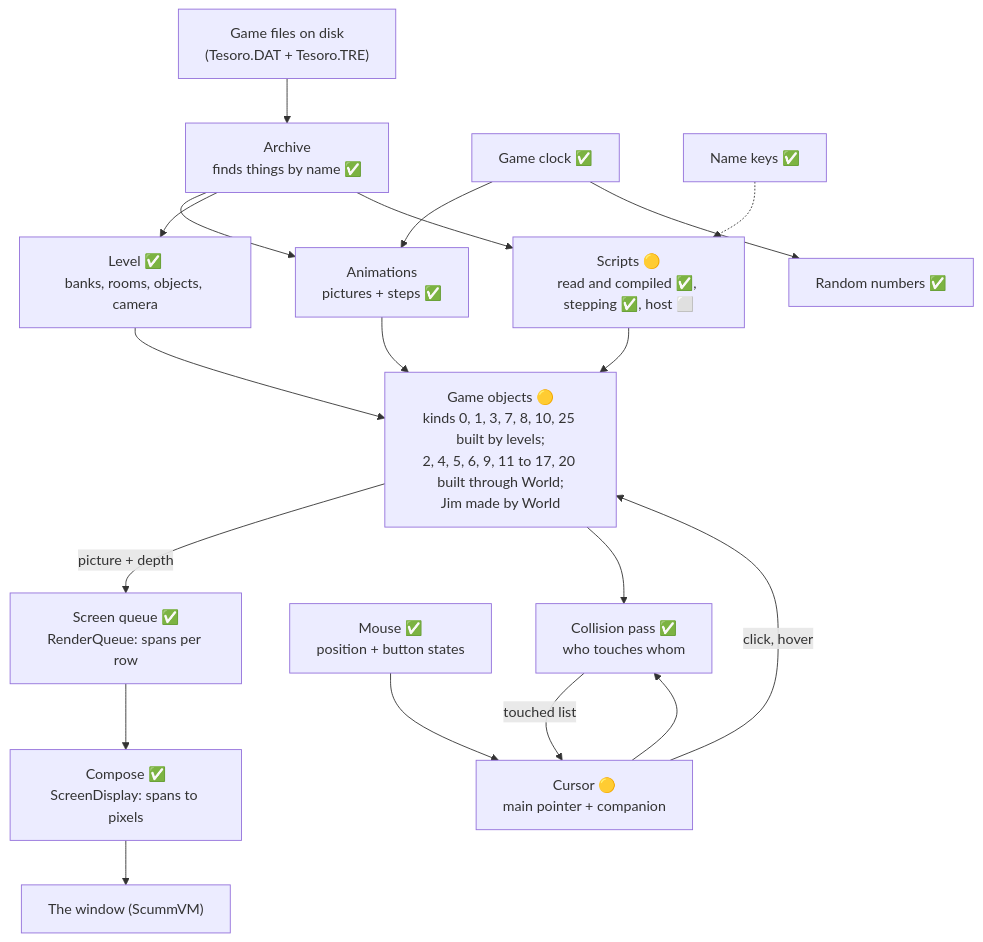
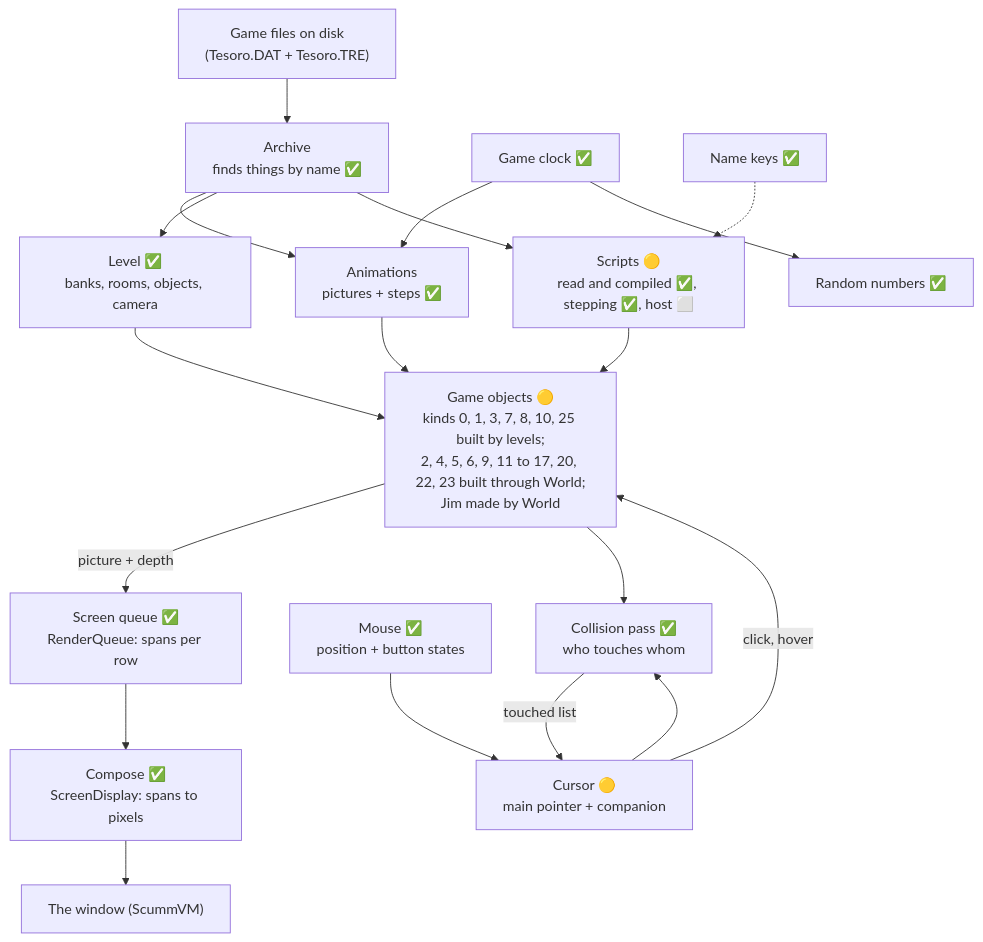
The first of 8 diagrams in re/SUBSYSTEMS.md (kelmer44/tesoro-stuff), drawn with Mermaid before and after one commit. The commit also changed other lines of this file and 13 other files, not shown here.

````diff
--- a/re/SUBSYSTEMS.md
+++ b/re/SUBSYSTEMS.md
@@ -17,21 +17,21 @@
 ```mermaid
 flowchart TD
     Disk["Game files on disk<br/>(Tesoro.DAT + Tesoro.TRE)"] --> Archive["Archive<br/>finds things by name ✅"]
     Archive --> Anim["Animations<br/>pictures + steps ✅"]
     Archive --> Level["Level ✅<br/>banks, rooms, objects, camera"]
     Clock["Game clock ✅"] --> Anim
-    Anim --> Objects["Game objects 🟡<br/>kinds 0, 1, 3, 7, 8, 10, 25 built by levels;<br/>2, 4, 5, 6, 9, 11 to 17, 20 built through World;<br/>Jim made by World"]
+    Anim --> Objects["Game objects 🟡<br/>kinds 0, 1, 3, 7, 8, 10, 25 built by levels;<br/>2, 4, 5, 6, 9, 11 to 17, 20, 22, 23 built through World;<br/>Jim made by World"]
     Level --> Objects
     Objects -->|"picture + depth"| Queue["Screen queue ✅<br/>RenderQueue: spans per row"]
     Queue --> Compose["Compose ✅<br/>ScreenDisplay: spans to pixels"]
     Compose --> Window["The window (ScummVM)"]
     Mouse["Mouse ✅<br/>position + button states"] --> Cursor["Cursor 🟡<br/>main pointer + companion"]
     Cursor --> Collide["Collision pass ✅<br/>who touches whom"]
     Objects --> Collide
     Collide -->|"touched list"| Cursor
     Cursor -->|"click, hover"| Objects
     Clock --> Random["Random numbers ✅"]
     Names["Name keys ✅"] -.-> Scripts["Scripts 🟡<br/>read and compiled ✅, stepping ✅, host ⬜"]
     Archive --> Scripts
     Scripts --> Objects
 ```
````
